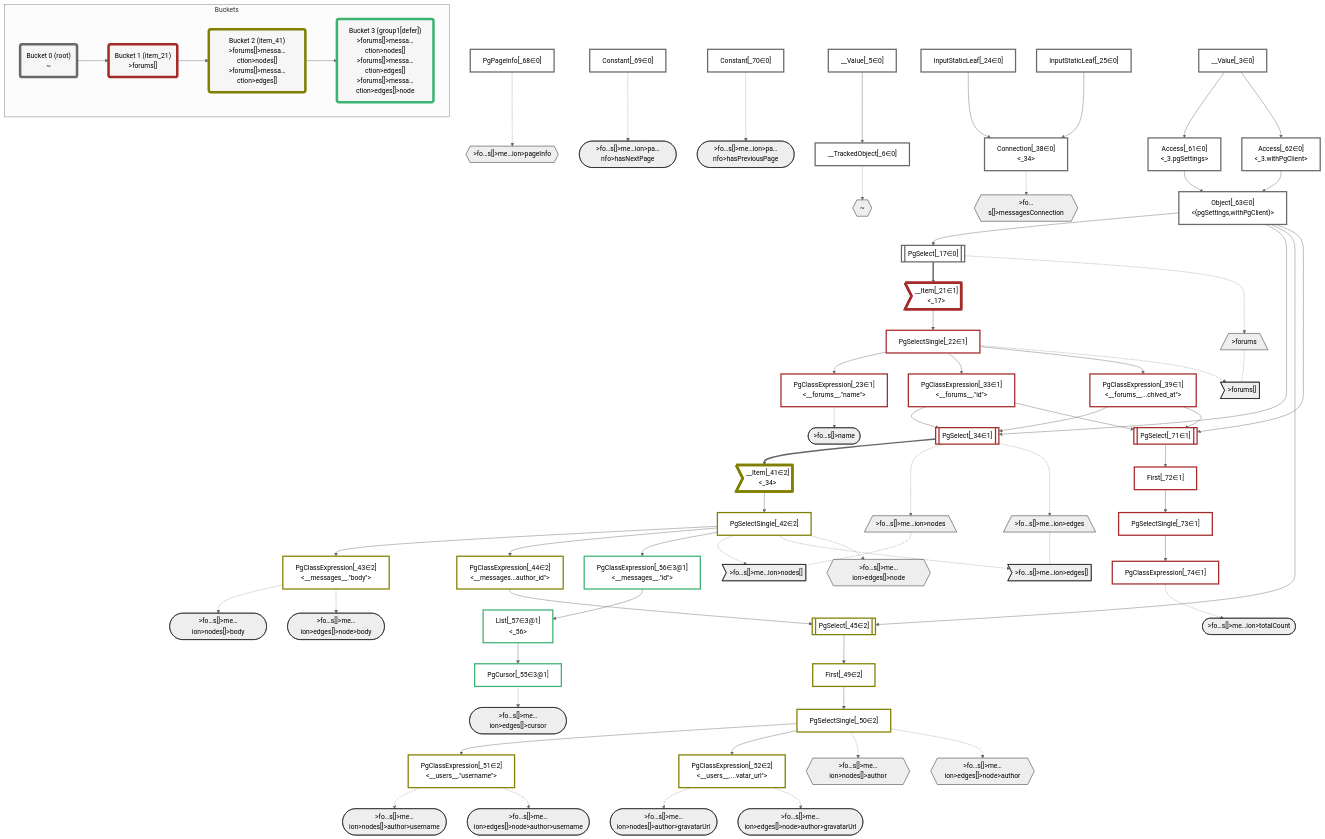
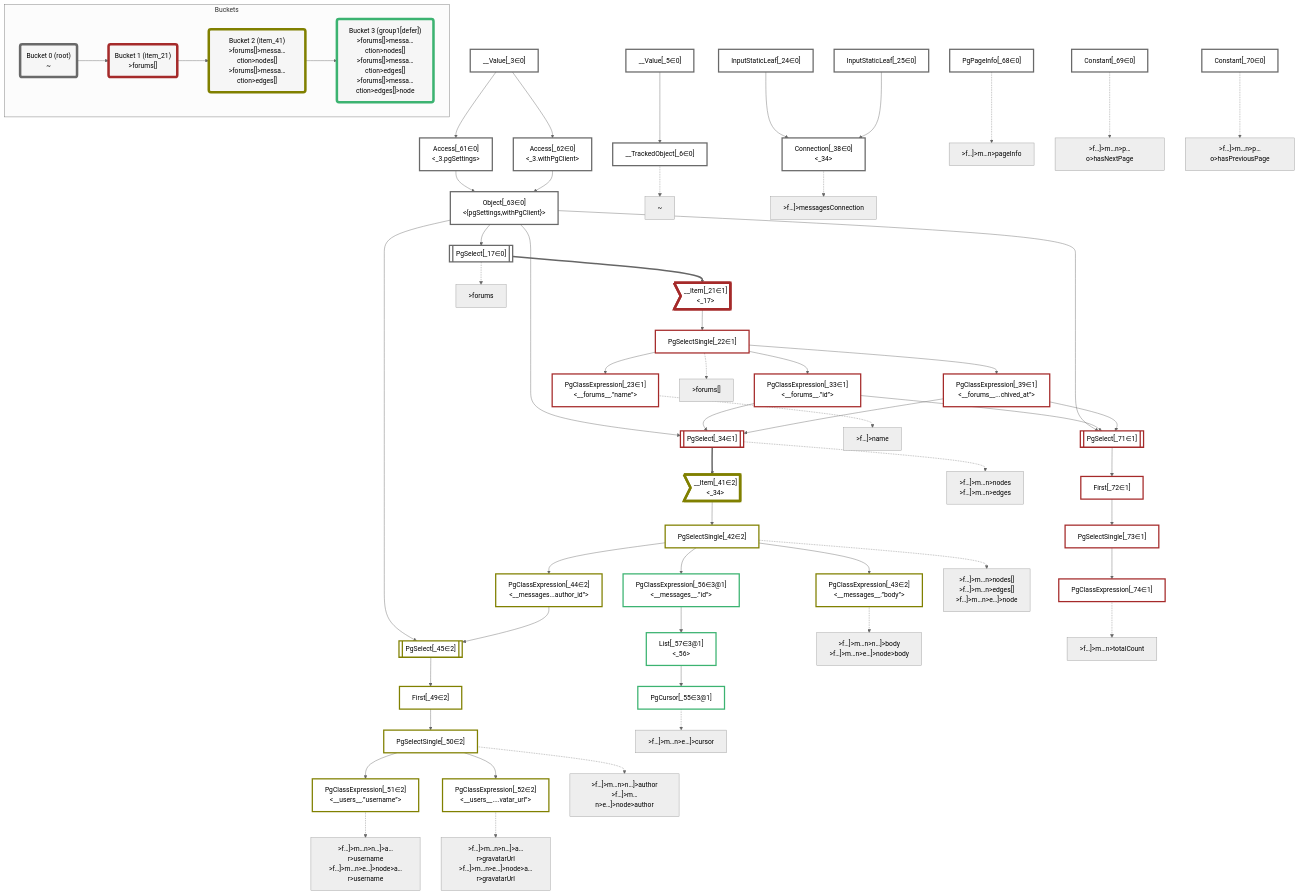
The diagram in packages/dataplan-pg/__tests__/queries/conditions/archived-forum-inherited-messages.defer-5.deopt.mermaid.md (graphile/crystal), drawn with Mermaid (neutral theme) before and after one commit. The commit also changed 195 other files, not shown here.

```diff
--- a/packages/dataplan-pg/__tests__/queries/conditions/archived-forum-inherited-messages.defer-5.deopt.mermaid.md
+++ b/packages/dataplan-pg/__tests__/queries/conditions/archived-forum-inherited-messages.defer-5.deopt.mermaid.md
@@ -6,53 +6,6 @@
     classDef sideeffectplan fill:#f00,stroke-width:6px,color:#000
     classDef bucket fill:#f6f6f6,color:#000,stroke-width:6px
 
-    %% subgraph fields
-    P1{{"~"}}:::path
-    P2[/">forums"\]:::path
-    P3>">forums[]"]:::path
-    P2 -.- P3
-    P4([">fo…s[]>name"]):::path
-    %% P3 -.-> P4
-    P5{{">fo…s[]>messagesConnection"}}:::path
-    P6[/">fo…s[]>me…ion>nodes"\]:::path
-    P7>">fo…s[]>me…ion>nodes[]"]:::path
-    P6 -.- P7
-    P8([">fo…s[]>me…ion>nodes[]>body"]):::path
-    %% P7 -.-> P8
-    P9{{">fo…s[]>me…ion>nodes[]>author"}}:::path
-    P10([">fo…s[]>me…ion>nodes[]>author>username"]):::path
-    %% P9 -.-> P10
-    P11([">fo…s[]>me…ion>nodes[]>author>gravatarUrl"]):::path
-    %% P9 -.-> P11
-    %% P7 -.-> P9
-    %% P5 -.-> P6
-    P12[/">fo…s[]>me…ion>edges"\]:::path
-    P13>">fo…s[]>me…ion>edges[]"]:::path
-    P12 -.- P13
-    P14([">fo…s[]>me…ion>edges[]>cursor"]):::path
-    %% P13 -.-> P14
-    P15{{">fo…s[]>me…ion>edges[]>node"}}:::path
-    P16([">fo…s[]>me…ion>edges[]>node>body"]):::path
-    %% P15 -.-> P16
-    P17{{">fo…s[]>me…ion>edges[]>node>author"}}:::path
-    P18([">fo…s[]>me…ion>edges[]>node>author>username"]):::path
-    %% P17 -.-> P18
-    P19([">fo…s[]>me…ion>edges[]>node>author>gravatarUrl"]):::path
-    %% P17 -.-> P19
-    %% P15 -.-> P17
-    %% P13 -.-> P15
-    %% P5 -.-> P12
-    P20{{">fo…s[]>me…ion>pageInfo"}}:::path
-    P21([">fo…s[]>me…ion>pa…nfo>hasNextPage"]):::path
-    %% P20 -.-> P21
-    P22([">fo…s[]>me…ion>pa…nfo>hasPreviousPage"]):::path
-    %% P20 -.-> P22
-    %% P5 -.-> P20
-    P23([">fo…s[]>me…ion>totalCount"]):::path
-    %% P5 -.-> P23
-    %% P3 -.-> P5
-    %% P1 -.-> P2
-    %% end
 
     %% define plans
     __Value_3["__Value[_3∈0]<br /><context>"]:::plan
@@ -61,24 +14,24 @@
     PgSelect_17[["PgSelect[_17∈0]<br /><forums>"]]:::plan
     __Item_21>"__Item[_21∈1]<br /><_17>"]:::itemplan
     PgSelectSingle_22["PgSelectSingle[_22∈1]<br /><forums>"]:::plan
-    PgClassExpression_23["PgClassExpression[_23∈1]<br /><__forums__.#quot;name#quot;>"]:::plan
+    PgClassExpression_23["PgClassExpression[_23∈1]<br /><__forums__.”name”>"]:::plan
     InputStaticLeaf_24["InputStaticLeaf[_24∈0]"]:::plan
     InputStaticLeaf_25["InputStaticLeaf[_25∈0]"]:::plan
-    PgClassExpression_33["PgClassExpression[_33∈1]<br /><__forums__.#quot;id#quot;>"]:::plan
+    PgClassExpression_33["PgClassExpression[_33∈1]<br /><__forums__.”id”>"]:::plan
     PgSelect_34[["PgSelect[_34∈1]<br /><messages>"]]:::plan
     Connection_38["Connection[_38∈0]<br /><_34>"]:::plan
-    PgClassExpression_39["PgClassExpression[_39∈1]<br /><__forums__...chived_at#quot;>"]:::plan
+    PgClassExpression_39["PgClassExpression[_39∈1]<br /><__forums__...chived_at”>"]:::plan
     __Item_41>"__Item[_41∈2]<br /><_34>"]:::itemplan
     PgSelectSingle_42["PgSelectSingle[_42∈2]<br /><messages>"]:::plan
-    PgClassExpression_43["PgClassExpression[_43∈2]<br /><__messages__.#quot;body#quot;>"]:::plan
-    PgClassExpression_44["PgClassExpression[_44∈2]<br /><__messages...author_id#quot;>"]:::plan
+    PgClassExpression_43["PgClassExpression[_43∈2]<br /><__messages__.”body”>"]:::plan
+    PgClassExpression_44["PgClassExpression[_44∈2]<br /><__messages...author_id”>"]:::plan
     PgSelect_45[["PgSelect[_45∈2]<br /><users>"]]:::plan
     First_49["First[_49∈2]"]:::plan
     PgSelectSingle_50["PgSelectSingle[_50∈2]<br /><users>"]:::plan
-    PgClassExpression_51["PgClassExpression[_51∈2]<br /><__users__.#quot;username#quot;>"]:::plan
-    PgClassExpression_52["PgClassExpression[_52∈2]<br /><__users__....vatar_url#quot;>"]:::plan
+    PgClassExpression_51["PgClassExpression[_51∈2]<br /><__users__.”username”>"]:::plan
+    PgClassExpression_52["PgClassExpression[_52∈2]<br /><__users__....vatar_url”>"]:::plan
     PgCursor_55["PgCursor[_55∈3@1]"]:::plan
-    PgClassExpression_56["PgClassExpression[_56∈3@1]<br /><__messages__.#quot;id#quot;>"]:::plan
+    PgClassExpression_56["PgClassExpression[_56∈3@1]<br /><__messages__.”id”>"]:::plan
     List_57["List[_57∈3@1]<br /><_56>"]:::plan
     Access_61["Access[_61∈0]<br /><_3.pgSettings>"]:::plan
     Access_62["Access[_62∈0]<br /><_3.withPgClient>"]:::plan
@@ -129,29 +82,38 @@
     PgSelectSingle_73 --> PgClassExpression_74
 
     %% plan-to-path relationships
+    P1["~"]
     __TrackedObject_6 -.-> P1
+    P2[">forums"]
     PgSelect_17 -.-> P2
+    P3[">forums[]"]
     PgSelectSingle_22 -.-> P3
+    P4[">f…]>name"]
     PgClassExpression_23 -.-> P4
+    P5[">f…]>messagesConnection"]
     Connection_38 -.-> P5
+    P6[">f…]>m…n>nodes<br />>f…]>m…n>edges"]
     PgSelect_34 -.-> P6
+    P7[">f…]>m…n>nodes[]<br />>f…]>m…n>edges[]<br />>f…]>m…n>e…]>node"]
     PgSelectSingle_42 -.-> P7
+    P8[">f…]>m…n>n…]>body<br />>f…]>m…n>e…]>node>body"]
     PgClassExpression_43 -.-> P8
+    P9[">f…]>m…n>n…]>author<br />>f…]>m…n>e…]>node>author"]
     PgSelectSingle_50 -.-> P9
+    P10[">f…]>m…n>n…]>a…r>username<br />>f…]>m…n>e…]>node>a…r>username"]
     PgClassExpression_51 -.-> P10
+    P11[">f…]>m…n>n…]>a…r>gravatarUrl<br />>f…]>m…n>e…]>node>a…r>gravatarUrl"]
     PgClassExpression_52 -.-> P11
-    PgSelect_34 -.-> P12
-    PgSelectSingle_42 -.-> P13
-    PgCursor_55 -.-> P14
-    PgSelectSingle_42 -.-> P15
-    PgClassExpression_43 -.-> P16
-    PgSelectSingle_50 -.-> P17
-    PgClassExpression_51 -.-> P18
-    PgClassExpression_52 -.-> P19
-    PgPageInfo_68 -.-> P20
-    Constant_69 -.-> P21
-    Constant_70 -.-> P22
-    PgClassExpression_74 -.-> P23
+    P12[">f…]>m…n>e…]>cursor"]
+    PgCursor_55 -.-> P12
+    P13[">f…]>m…n>pageInfo"]
+    PgPageInfo_68 -.-> P13
+    P14[">f…]>m…n>p…o>hasNextPage"]
+    Constant_69 -.-> P14
+    P15[">f…]>m…n>p…o>hasPreviousPage"]
+    Constant_70 -.-> P15
+    P16[">f…]>m…n>totalCount"]
+    PgClassExpression_74 -.-> P16
 
     %% allocate buckets
     classDef bucket0 stroke:#696969
```
